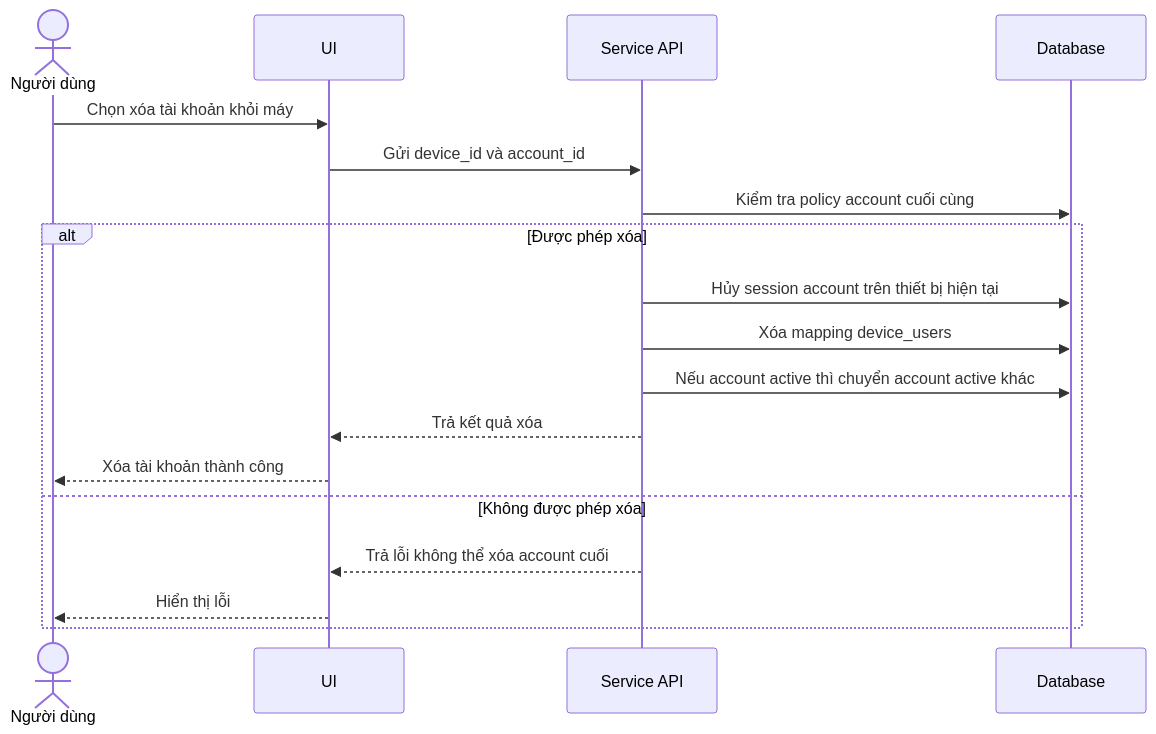
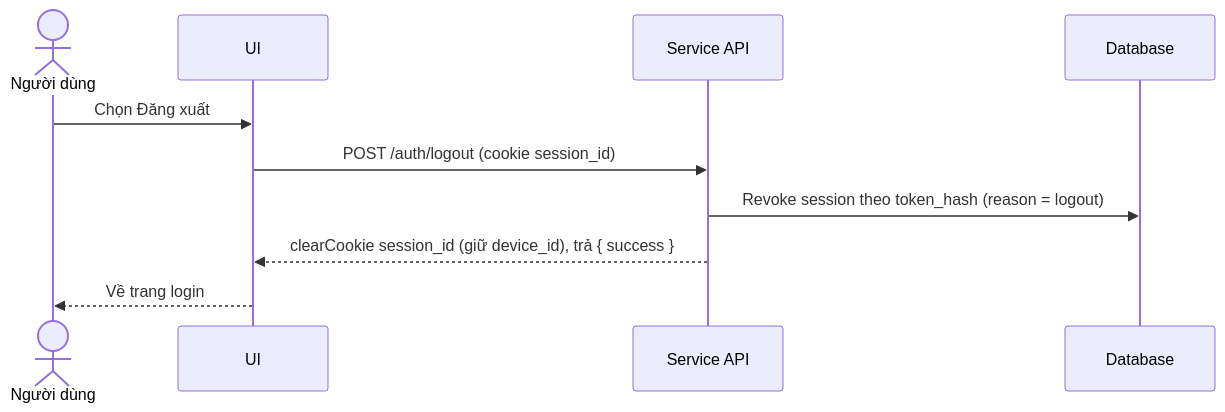
One commit to CVThien2k2/joytab changed the fifth of 7 diagrams in docs/thiet-ke-he-thong-20260522.md. Above: the diagram before and after it, drawn with Mermaid. The commit also changed other lines of this file and 14 other files, not shown here.

First line of the commit message:
Update security documentation, system architecture, and technology selection

````diff
--- a/docs/thiet-ke-he-thong-20260522.md
+++ b/docs/thiet-ke-he-thong-20260522.md
@@ -114,21 +117,13 @@
 ```mermaid
 sequenceDiagram
   actor ND as Người dùng
   participant UI
   participant API as Service API
   participant DB as Database
 
-  ND->>UI: Chọn xóa tài khoản khỏi máy
-  UI->>API: Gửi device_id và account_id
-  API->>DB: Kiểm tra policy account cuối cùng
-  alt Được phép xóa
-    API->>DB: Hủy session account trên thiết bị hiện tại
-    API->>DB: Xóa mapping device_users
-    API->>DB: Nếu account active thì chuyển account active khác
-    API-->>UI: Trả kết quả xóa
-    UI-->>ND: Xóa tài khoản thành công
-  else Không được phép xóa
-    API-->>UI: Trả lỗi không thể xóa account cuối
-    UI-->>ND: Hiển thị lỗi
-  end
+  ND->>UI: Chọn Đăng xuất
+  UI->>API: POST /auth/logout (cookie session_id)
+  API->>DB: Revoke session theo token_hash (reason = logout)
+  API-->>UI: clearCookie session_id (giữ device_id), trả { success }
+  UI-->>ND: Về trang login
 ```
````
